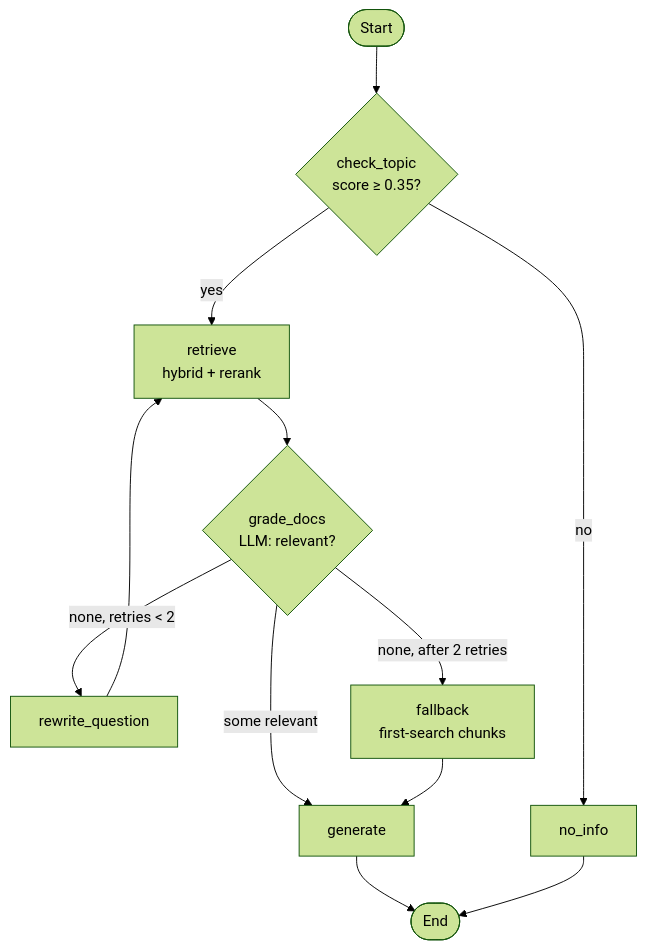
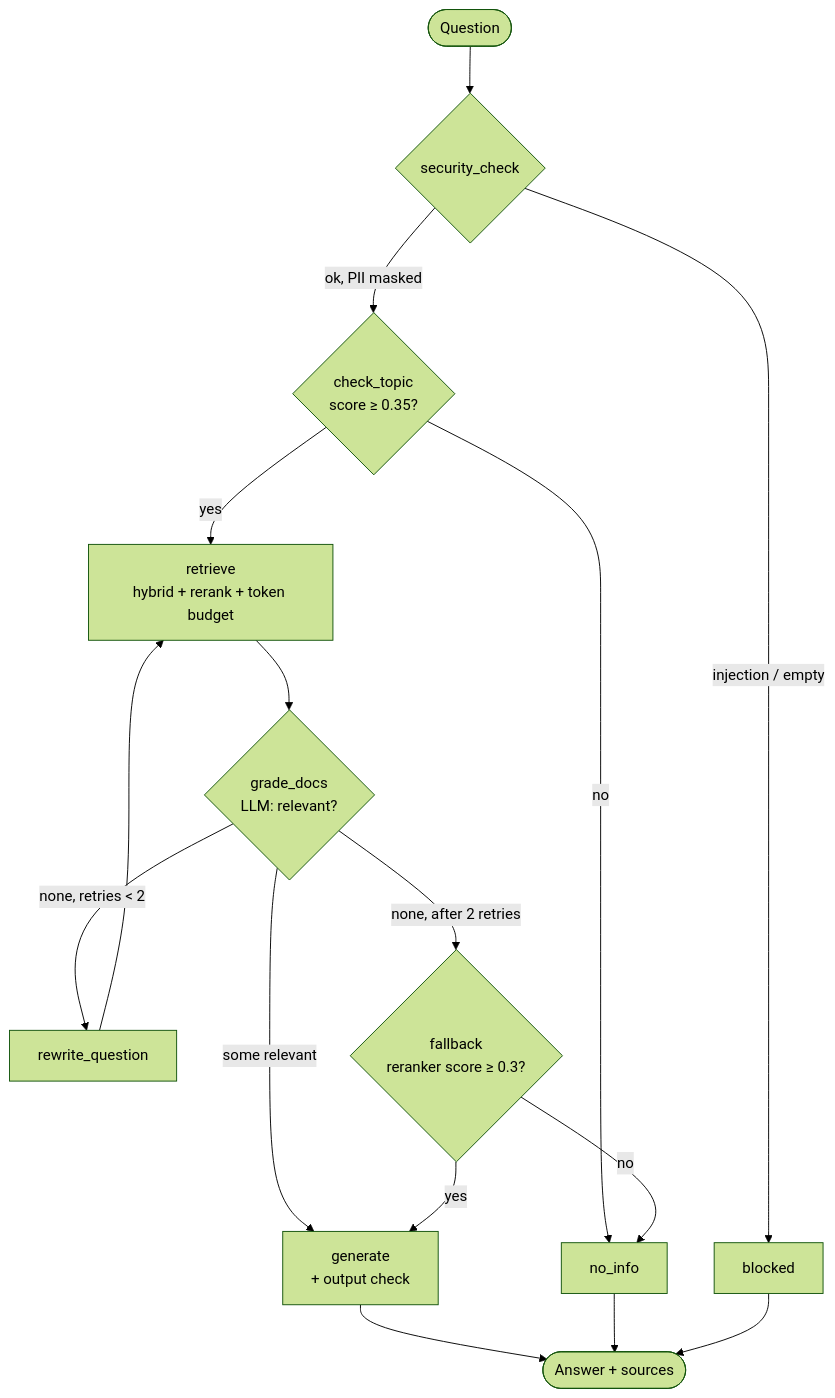
Before and after one commit to pratham636/german-rag-assistant: the second of 2 diagrams in README.md, drawn with Mermaid (forest theme). The commit also changed other lines of this file and 14 other files, not shown here.

````diff
--- a/README.md
+++ b/README.md
@@ -60,14 +42,18 @@
 ```mermaid
 flowchart TD
-    S([Start]) --> T{check_topic<br/>score ≥ 0.35?}
+    S([Question]) --> SC{security_check}
+    SC -- injection / empty --> B[blocked]
+    SC -- ok, PII masked --> T{check_topic<br/>score ≥ 0.35?}
     T -- no --> N[no_info]
-    T -- yes --> R[retrieve<br/>hybrid + rerank]
+    T -- yes --> R[retrieve<br/>hybrid + rerank + token budget]
     R --> G{grade_docs<br/>LLM: relevant?}
-    G -- some relevant --> GEN[generate]
+    G -- some relevant --> GEN[generate<br/>+ output check]
     G -- none, retries < 2 --> RW[rewrite_question]
     RW --> R
-    G -- none, after 2 retries --> F[fallback<br/>first-search chunks]
-    F --> GEN
-    GEN --> E([End])
+    G -- none, after 2 retries --> F{fallback<br/>reranker score ≥ 0.3?}
+    F -- yes --> GEN
+    F -- no --> N
+    GEN --> E([Answer + sources])
     N --> E
+    B --> E
 ```
````
